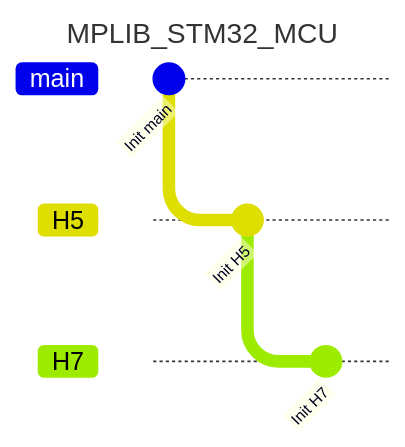
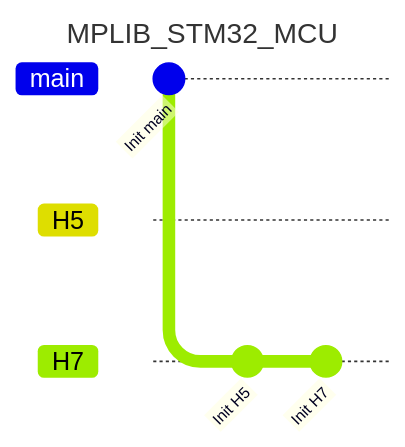
The second of 4 diagrams in README.md (packetqc/MPLIB), drawn with Mermaid before and after one commit.

````diff
--- a/README.md
+++ b/README.md
@@ -32,13 +32,11 @@
 ```mermaid
 ---
 title: MPLIB_STM32_MCU
 ---
 gitGraph
 commit id: "Init main"
 branch H5
-checkout H5
+branch H7
 commit id: "Init H5"
-branch H7
-checkout H7
 commit id: "Init H7"
 ```
````
